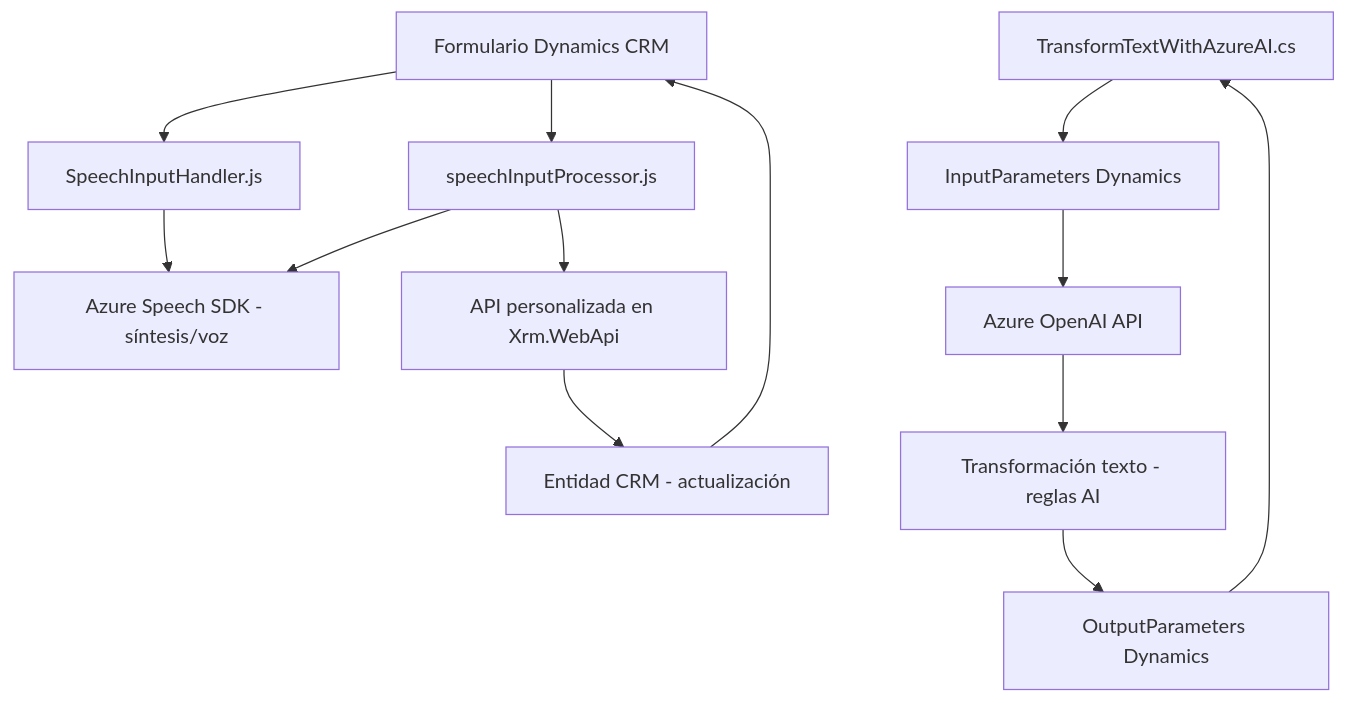
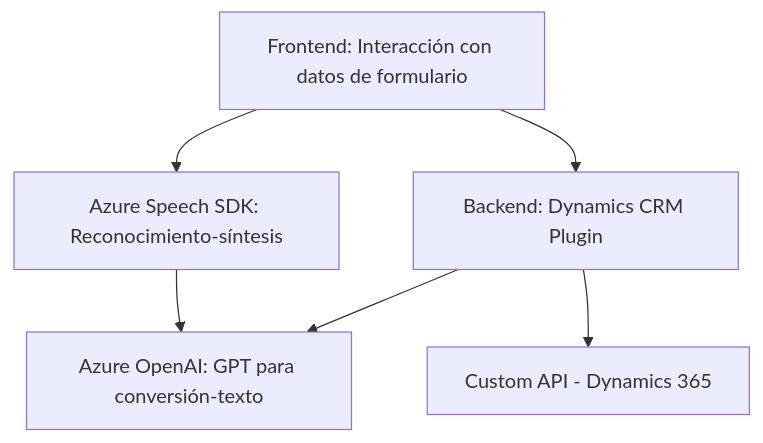
One commit to blopezdm/NETCORE_BILBAO2025 changed the diagram in README.md. Above: the diagram before and after it, drawn with Mermaid. The commit also changed other lines of this file, not shown here.

Commit message:
Actualizar análisis global de la solución con IA

````diff
--- a/README.md
+++ b/README.md
@@ -30,15 +40,14 @@
 ```mermaid
 graph TD
-    A["Formulario Dynamics CRM"] --> B["SpeechInputHandler.js"]
-    A --> C["speechInputProcessor.js"]
-    B --> D["Azure Speech SDK - síntesis/voz"]
-    C --> D
-    C --> E["API personalizada en Xrm.WebApi"]
-    E --> F["Entidad CRM - actualización"]
-    F --> A
-    G["TransformTextWithAzureAI.cs"] --> H["InputParameters Dynamics"]
-    H --> I["Azure OpenAI API"]
-    I --> J["Transformación texto - reglas AI"]
-    J --> K["OutputParameters Dynamics"]
-    K --> G
+A["Frontend: Interacción con datos de formulario"]
+B["Azure Speech SDK: Reconocimiento-síntesis"]
+C["Backend: Dynamics CRM Plugin"]
+D["Azure OpenAI: GPT para conversión-texto"]
+E["Custom API - Dynamics 365"]
+
+A --> B
+A --> C
+B --> D
+C --> D
+C --> E
 ```
````
